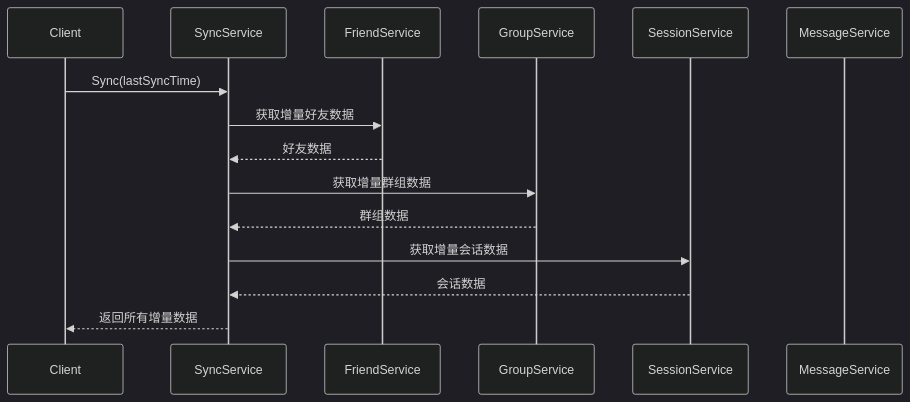
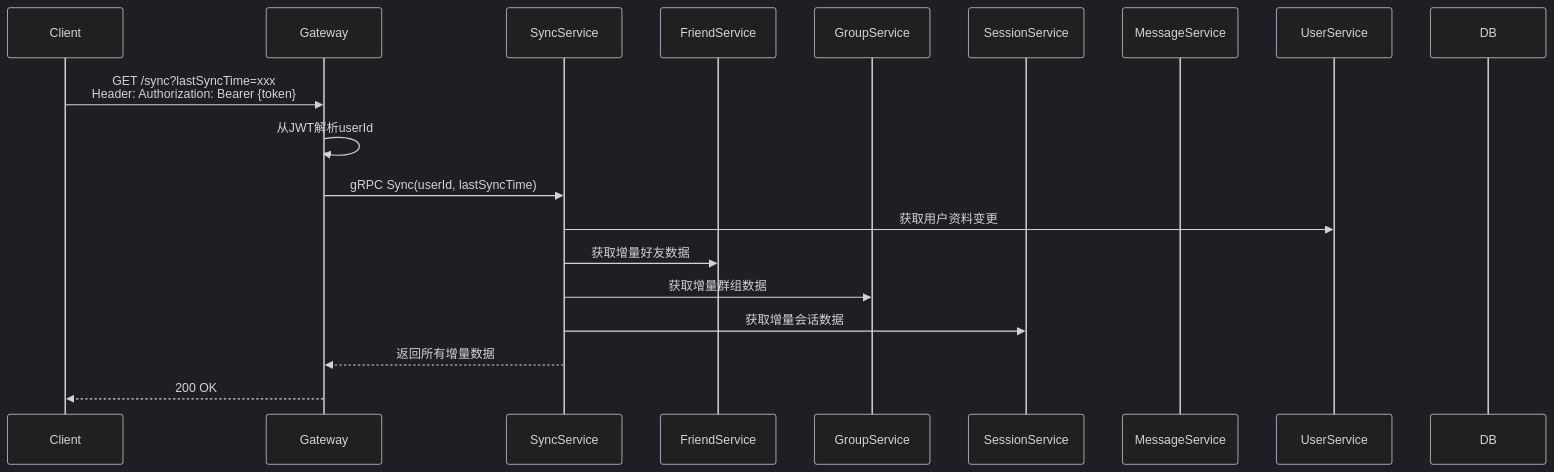
The first of 2 diagrams in docs/design/sync/sync.md (yzhgit/anychat-server), drawn with Mermaid (dark theme) before and after one commit. The commit also changed other lines of this file and 30 other files, not shown here.

First line of the commit message:
docs: 更新设计文档时序图，添加Gateway和NATS参与者

````diff
--- a/docs/design/sync/sync.md
+++ b/docs/design/sync/sync.md
@@ -25,18 +27,22 @@
 ```mermaid
 sequenceDiagram
     participant Client
+    participant Gateway
     participant SyncService
     participant FriendService
     participant GroupService
     participant SessionService
     participant MessageService
+    participant UserService
+    participant DB
 
-    Client->>SyncService: Sync(lastSyncTime)
+    Client->>Gateway: GET /sync?lastSyncTime=xxx<br/>Header: Authorization: Bearer {token}
+    Gateway->>Gateway: 从JWT解析userId
+    Gateway->>SyncService: gRPC Sync(userId, lastSyncTime)
+    SyncService->>UserService: 获取用户资料变更
     SyncService->>FriendService: 获取增量好友数据
-    FriendService-->>SyncService: 好友数据
     SyncService->>GroupService: 获取增量群组数据
-    GroupService-->>SyncService: 群组数据
     SyncService->>SessionService: 获取增量会话数据
-    SessionService-->>SyncService: 会话数据
-    SyncService-->>Client: 返回所有增量数据
+    SyncService-->>Gateway: 返回所有增量数据
+    Gateway-->>Client: 200 OK
 ```
````
